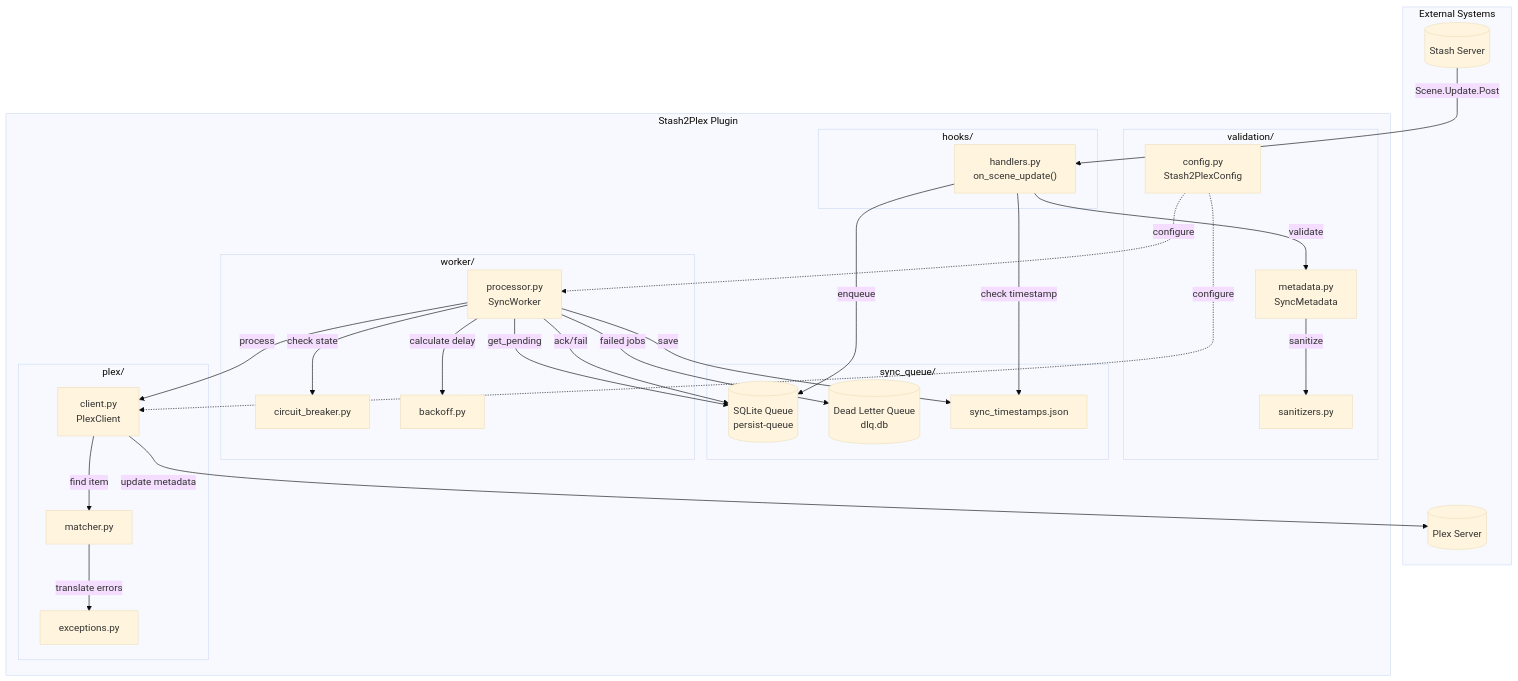
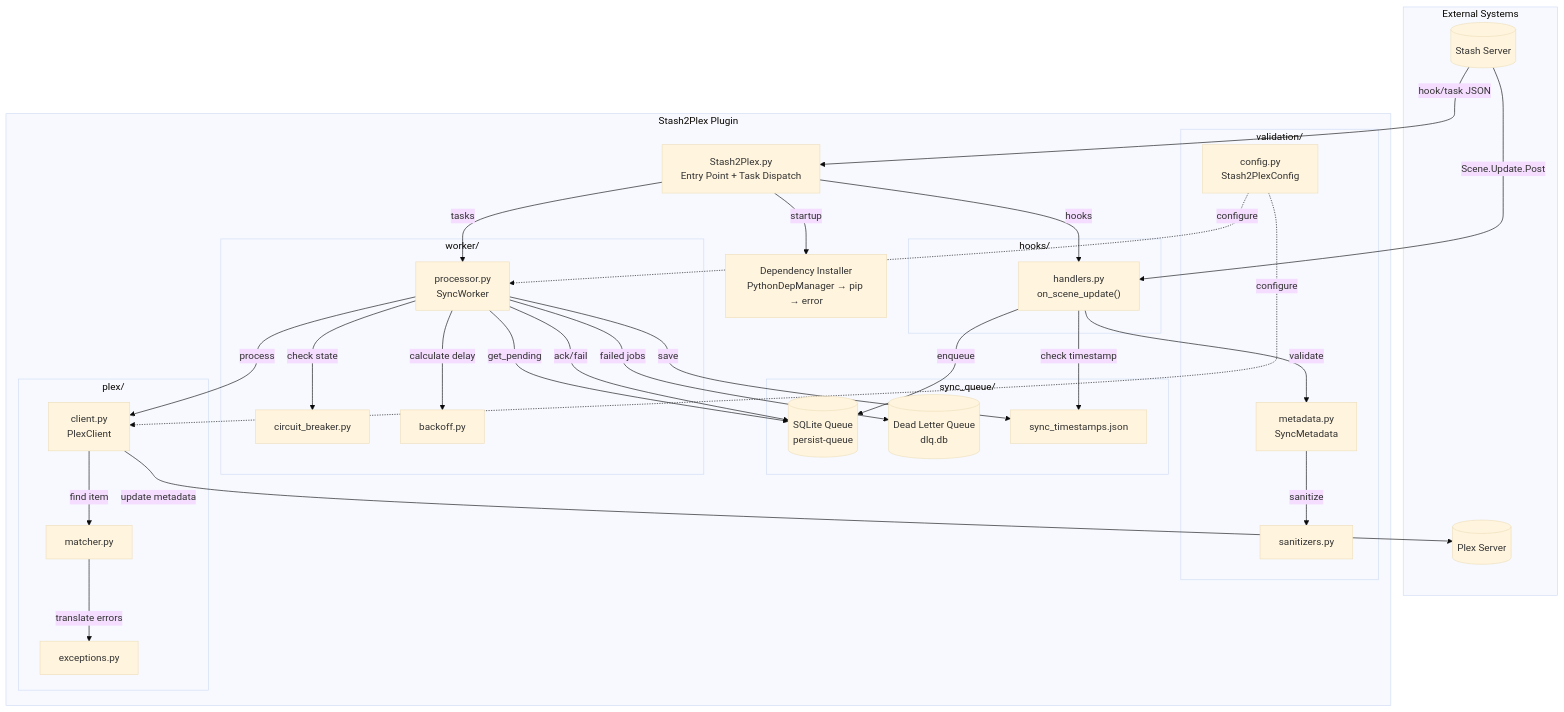
The diagram in docs/ARCHITECTURE.md (trek-e/Stash2Plex), drawn with Mermaid (base theme) before and after one commit. The commit also changed other lines of this file and 9 other files, not shown here.

````diff
--- a/docs/ARCHITECTURE.md
+++ b/docs/ARCHITECTURE.md
@@ -13,62 +13,71 @@
 ```mermaid
 graph TB
     subgraph External["External Systems"]
         STASH[("Stash Server")]
         PLEX[("Plex Server")]
     end
 
     subgraph Stash2Plex["Stash2Plex Plugin"]
+        ENTRY["Stash2Plex.py<br/>Entry Point + Task Dispatch"]
+        DEPS["Dependency Installer<br/>PythonDepManager → pip → error"]
+
         subgraph hooks["hooks/"]
             HANDLER["handlers.py<br/>on_scene_update()"]
         end
 
         subgraph validation["validation/"]
             META["metadata.py<br/>SyncMetadata"]
             SANITIZE["sanitizers.py"]
             CONFIG["config.py<br/>Stash2PlexConfig"]
         end
 
         subgraph sync_queue["sync_queue/"]
             QUEUE[("SQLite Queue<br/>persist-queue")]
             DLQ[("Dead Letter Queue<br/>dlq.db")]
             TIMESTAMPS["sync_timestamps.json"]
         end
 
         subgraph worker["worker/"]
             WORKER["processor.py<br/>SyncWorker"]
             CIRCUIT["circuit_breaker.py"]
             BACKOFF["backoff.py"]
         end
 
         subgraph plex["plex/"]
             CLIENT["client.py<br/>PlexClient"]
             MATCHER["matcher.py"]
             ERRORS["exceptions.py"]
         end
     end
 
+    %% Startup flow
+    ENTRY -->|startup| DEPS
+    STASH -->|"hook/task JSON"| ENTRY
+    ENTRY -->|hooks| HANDLER
+    ENTRY -->|tasks| WORKER
+
     %% Event capture flow
     STASH -->|"Scene.Update.Post"| HANDLER
     HANDLER -->|validate| META
     META -->|sanitize| SANITIZE
     HANDLER -->|enqueue| QUEUE
     HANDLER -->|check timestamp| TIMESTAMPS
 
     %% Worker processing flow
     WORKER -->|get_pending| QUEUE
     WORKER -->|check state| CIRCUIT
     WORKER -->|calculate delay| BACKOFF
     WORKER -->|process| CLIENT
     CLIENT -->|find item| MATCHER
     MATCHER -->|translate errors| ERRORS
     CLIENT -->|update metadata| PLEX
 
     %% Completion flow
     WORKER -->|ack/fail| QUEUE
     WORKER -->|failed jobs| DLQ
     WORKER -->|save| TIMESTAMPS
 
     %% Configuration
     CONFIG -.->|configure| WORKER
     CONFIG -.->|configure| CLIENT
 ```
````
